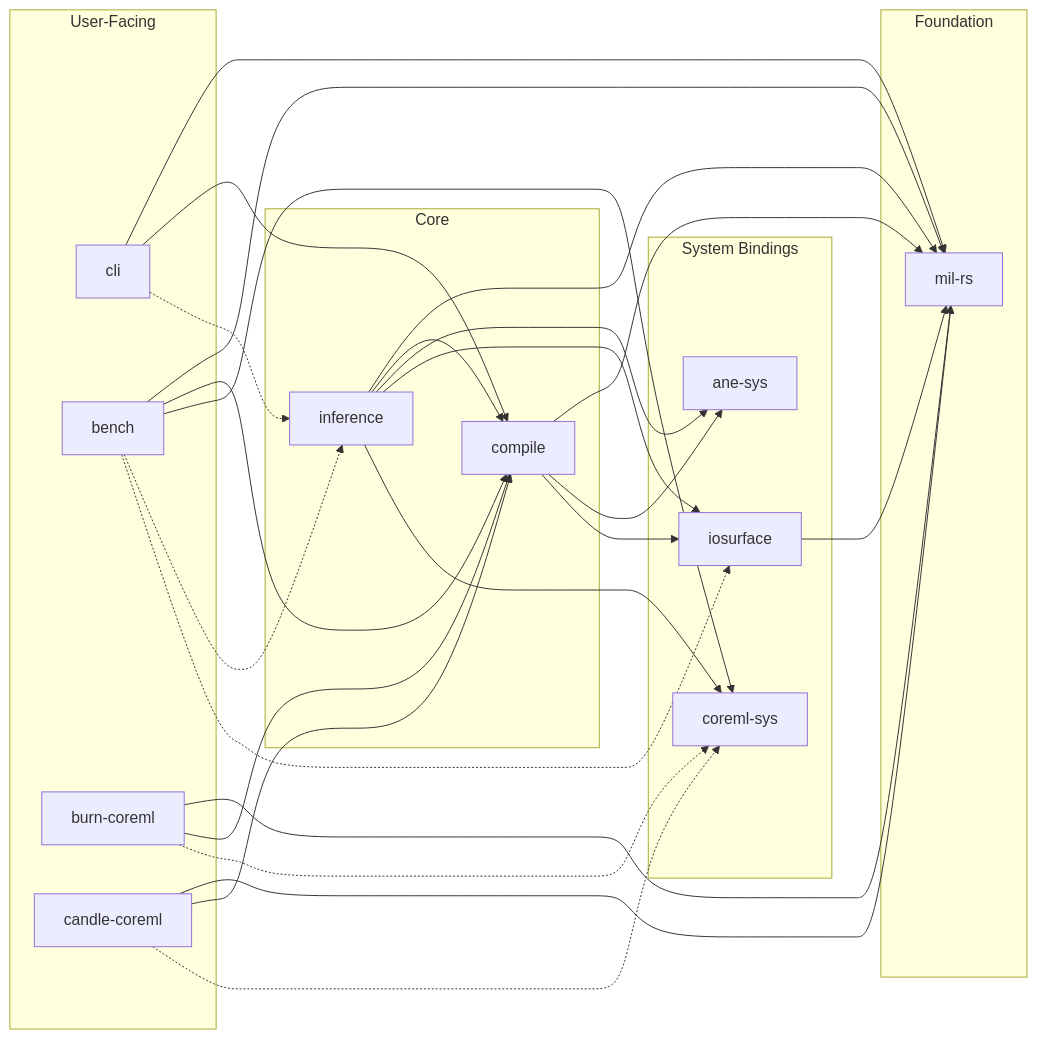
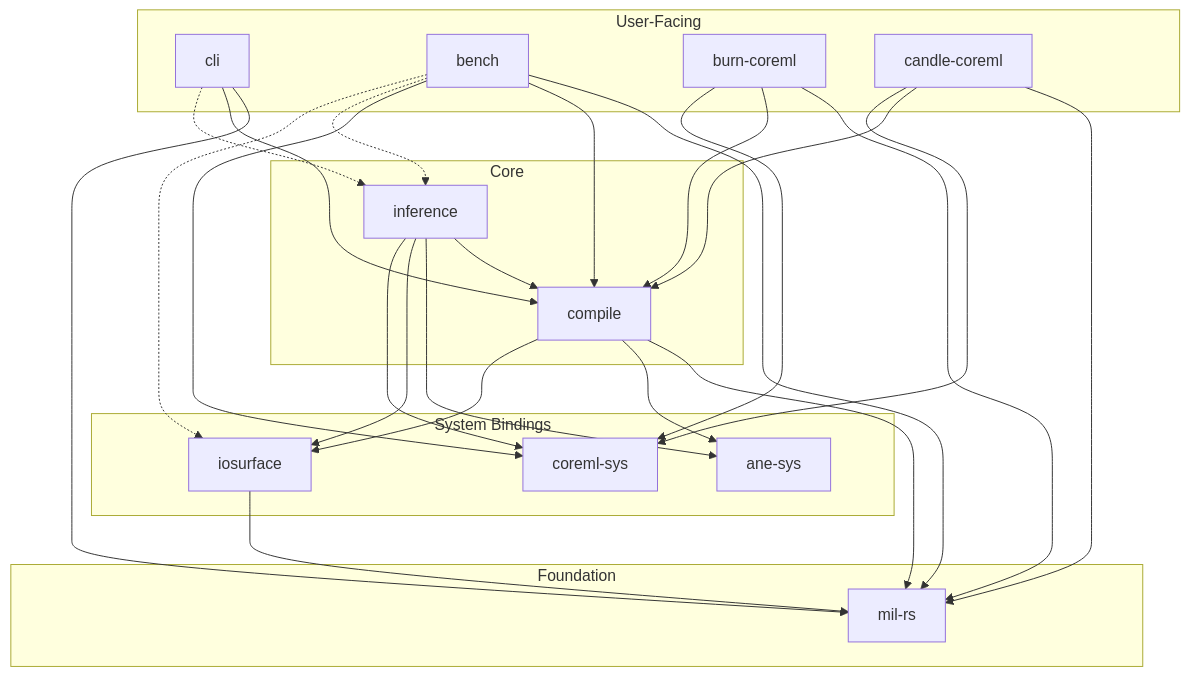
The second of 2 diagrams in README.md (jafreck/ironmill), drawn with Mermaid before and after one commit. The commit also changed other lines of this file and 38 other files, not shown here.

````diff
--- a/README.md
+++ b/README.md
@@ -141,54 +141,53 @@
 ```mermaid
-graph LR
-    subgraph Foundation
-        mil["mil-rs"]
+graph TD
+    subgraph User-Facing
+        cli["cli"]
+        bench["bench"]
+        burn["burn-coreml"]
+        candle["candle-coreml"]
+    end
+
+    subgraph Core
+        compile["compile"]
+        inference["inference"]
     end
 
     subgraph System Bindings
         ane["ane-sys"]
         ios["iosurface"]
         coremlsys["coreml-sys"]
     end
 
-    subgraph Core
-        compile["compile"]
-        inference["inference"]
+    subgraph Foundation
+        mil["mil-rs"]
     end
-
-    subgraph User-Facing
-        cli["cli"]
-        bench["bench"]
-        burn["burn-coreml"]
-        candle["candle-coreml"]
-    end
-
-    ios --> mil
-
-    compile --> mil
-    compile --> ane
-    compile --> ios
-
-    inference --> mil
-    inference --> compile
-    inference --> ane
-    inference --> ios
-    inference --> coremlsys
 
     cli --> mil
     cli --> compile
     cli -.-> inference
 
     bench --> mil
     bench --> compile
     bench --> coremlsys
     bench -.-> inference
     bench -.-> ios
 
     burn --> mil
     burn --> compile
-    burn -.-> coremlsys
+    burn --> coremlsys
 
     candle --> mil
     candle --> compile
-    candle -.-> coremlsys
+    candle --> coremlsys
+
+    inference --> compile
+    inference --> ane
+    inference --> ios
+    inference --> coremlsys
+
+    compile --> mil
+    compile --> ane
+    compile --> ios
+
+    ios --> mil
 ```
````
